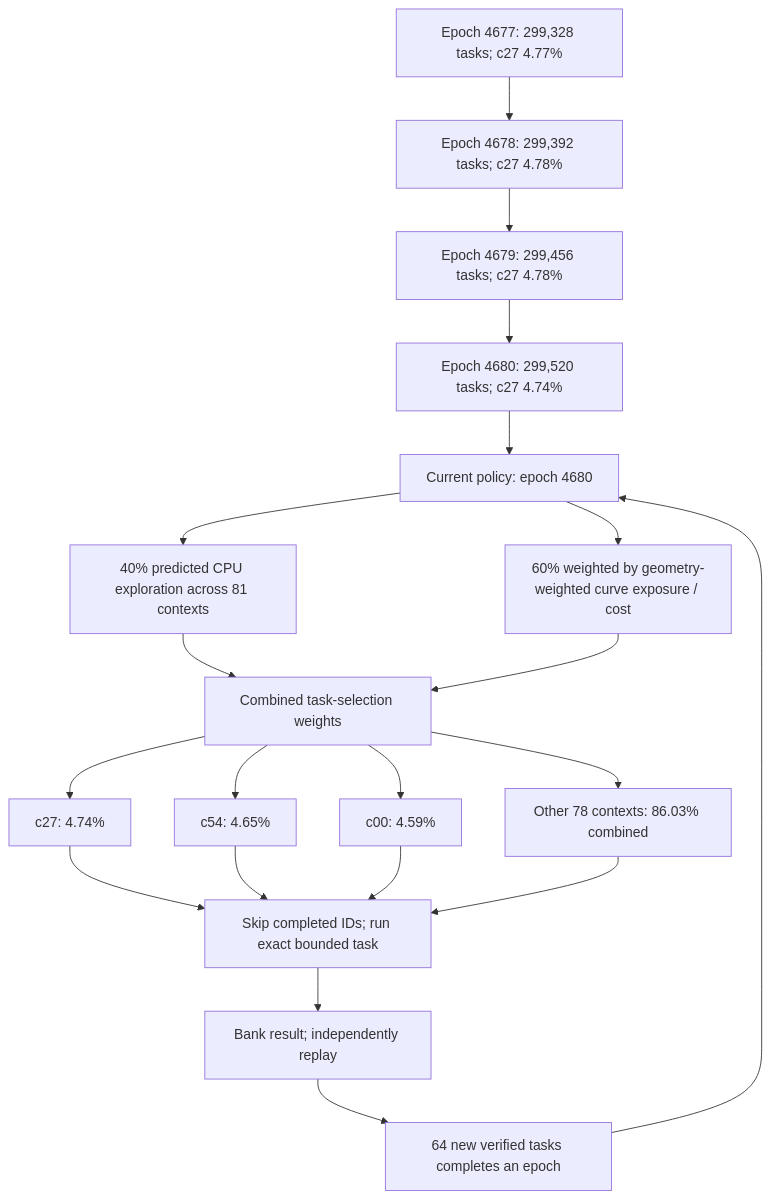
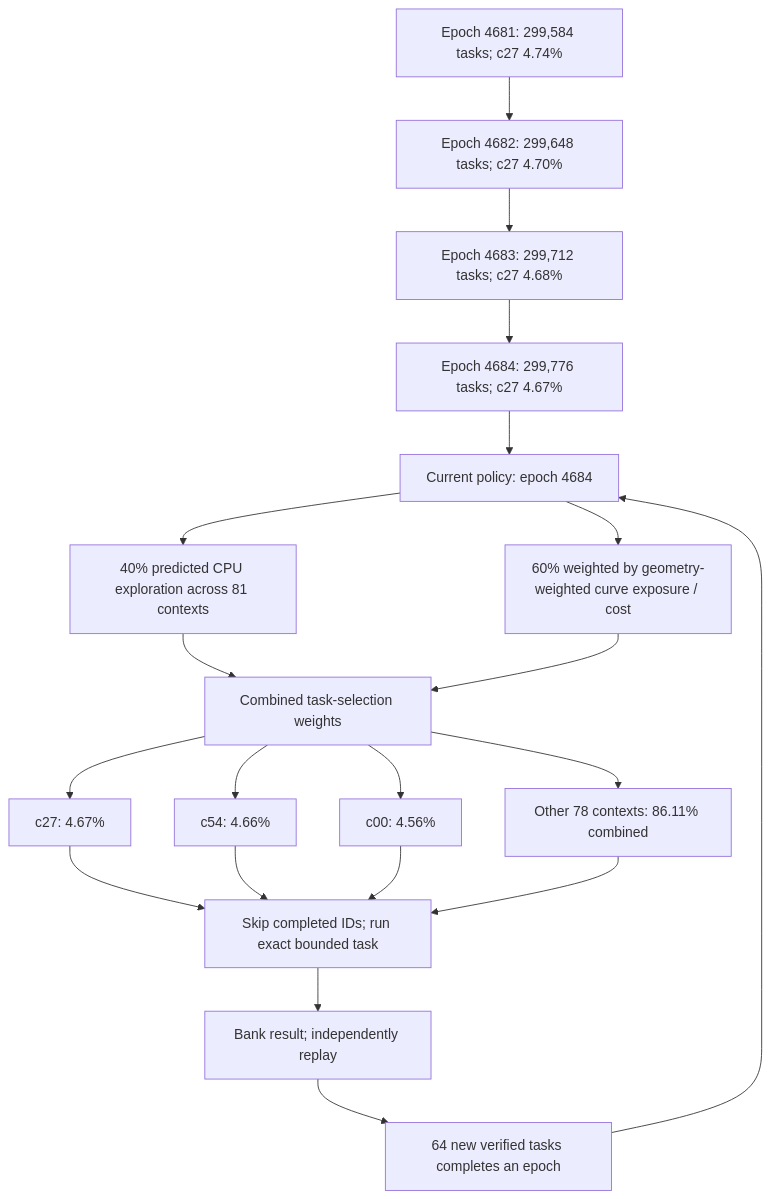
One commit to Kuberwastaken/math-gambling changed the first of 3 diagrams in README.md. Above: the diagram before and after it, drawn with Mermaid. The commit also changed other lines of this file and 2569 other files, not shown here.

````diff
--- a/README.md
+++ b/README.md
@@ -60,27 +60,27 @@
 ```mermaid
 flowchart TD
-    H0["Epoch 4677: 299,328 tasks; c27 4.77%"]
-    H1["Epoch 4678: 299,392 tasks; c27 4.78%"]
+    H0["Epoch 4681: 299,584 tasks; c27 4.74%"]
+    H1["Epoch 4682: 299,648 tasks; c27 4.70%"]
     H0 --> H1
-    H2["Epoch 4679: 299,456 tasks; c27 4.78%"]
+    H2["Epoch 4683: 299,712 tasks; c27 4.68%"]
     H1 --> H2
-    H3["Epoch 4680: 299,520 tasks; c27 4.74%"]
+    H3["Epoch 4684: 299,776 tasks; c27 4.67%"]
     H2 --> H3
-    Policy["Current policy: epoch 4680"]
+    Policy["Current policy: epoch 4684"]
     H3 --> Policy
     Policy --> Explore["40% predicted CPU exploration across 81 contexts"]
     Policy --> Cost["60% weighted by geometry-weighted curve exposure / cost"]
     Explore --> Mix["Combined task-selection weights"]
     Cost --> Mix
-    Mix --> C0["c27: 4.74%"]
-    Mix --> C1["c54: 4.65%"]
-    Mix --> C2["c00: 4.59%"]
-    Mix --> Rest["Other 78 contexts: 86.03% combined"]
+    Mix --> C0["c27: 4.67%"]
+    Mix --> C1["c54: 4.66%"]
+    Mix --> C2["c00: 4.56%"]
+    Mix --> Rest["Other 78 contexts: 86.11% combined"]
     C0 --> Check["Skip completed IDs; run exact bounded task"]
     C1 --> Check
     C2 --> Check
     Rest --> Check
     Check --> Replay["Bank result; independently replay"]
     Replay --> Gate["64 new verified tasks completes an epoch"]
     Gate --> Policy
 ```
````
